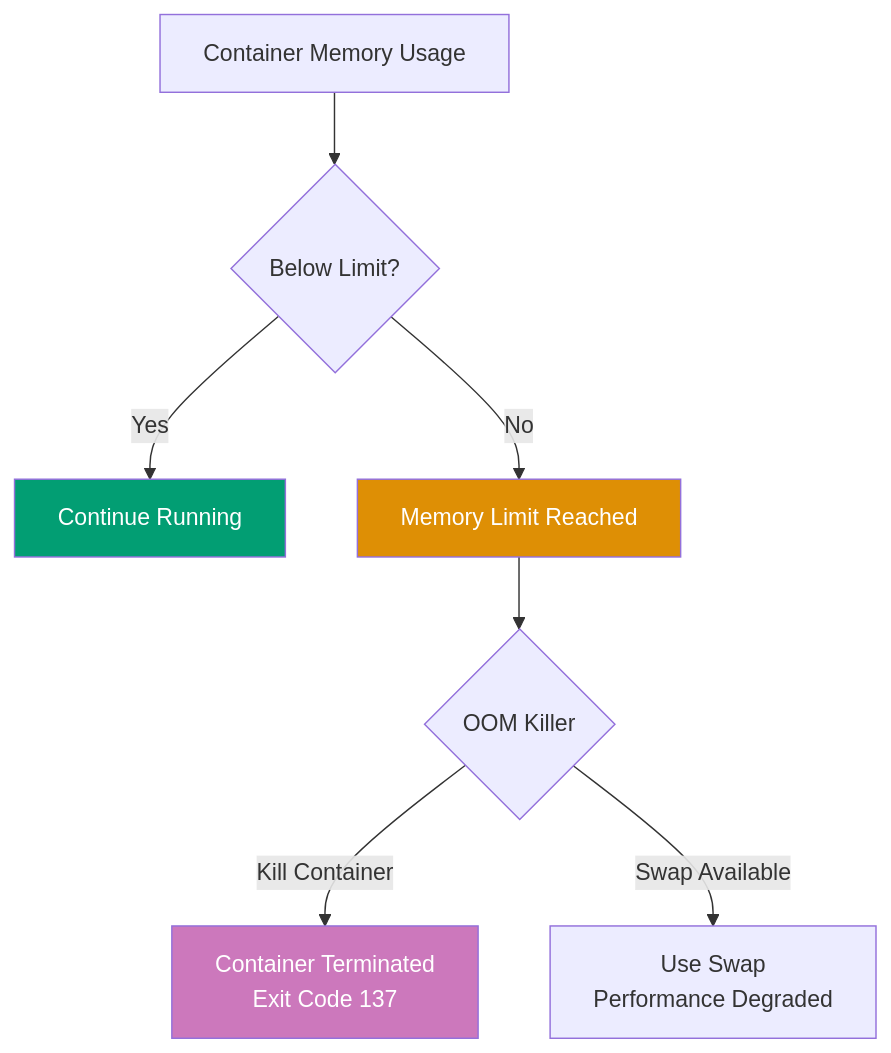
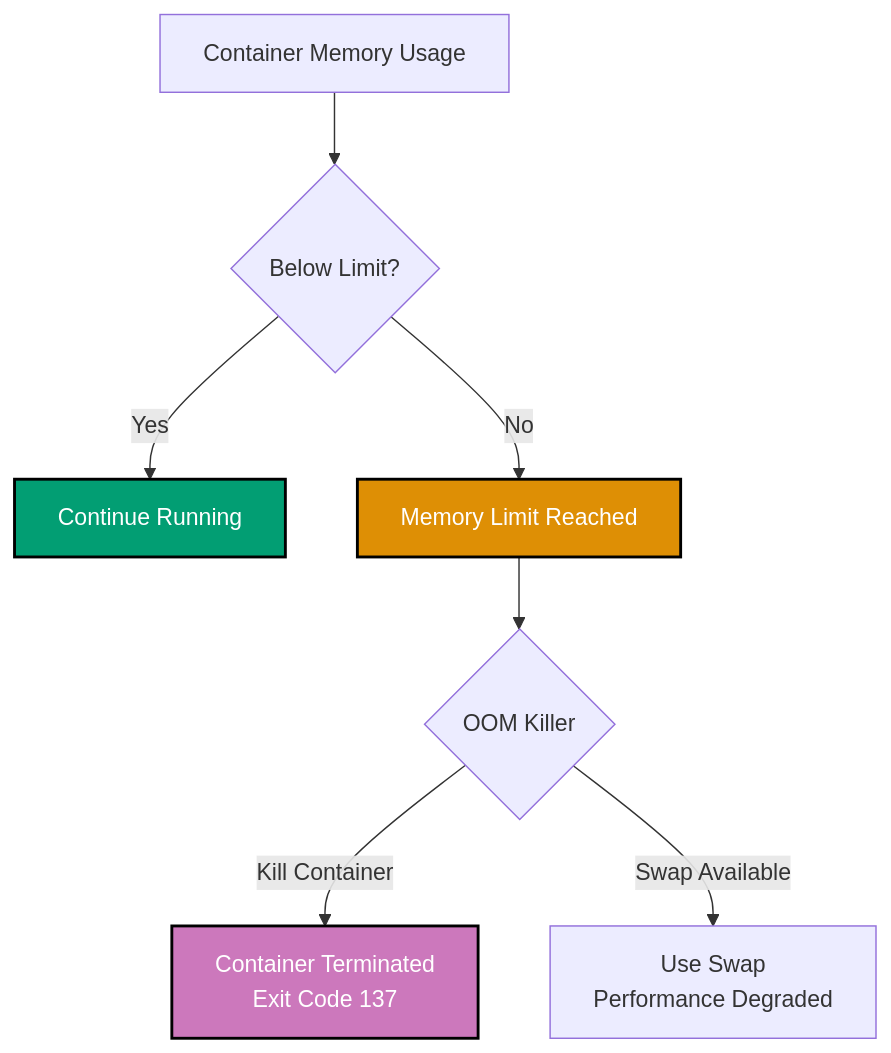
One commit to wahidyankf/open-sharia-enterprise changed the eighth of 11 diagrams in apps/ayokoding-web/content/en/learn/software-engineering/infrastructure/tools/docker/by-example/intermediate.md. Above: the diagram before and after it, drawn with Mermaid. The commit also changed other lines of this file and 25 other files, not shown here.

````diff
--- a/apps/ayokoding-web/content/en/learn/software-engineering/infrastructure/tools/docker/by-example/intermediate.md
+++ b/apps/ayokoding-web/content/en/learn/software-engineering/infrastructure/tools/docker/by-example/intermediate.md
@@ -1396,13 +1403,14 @@
 ```mermaid
+%% Color Palette: Blue #0173B2, Orange #DE8F05, Teal #029E73, Purple #CC78BC, Brown #CA9161
 graph TD
  A["Container Memory Usage"] --> B{Below Limit?}
  B -->|Yes| C["Continue Running"]
  B -->|No| D["Memory Limit Reached"]
  D --> E{OOM Killer}
  E -->|Kill Container| F["Container Terminated<br/>Exit Code 137"]
  E -->|Swap Available| G["Use Swap<br/>Performance Degraded"]
 
- style C fill:#029E73,color:#fff
- style D fill:#DE8F05,color:#fff
- style F fill:#CC78BC,color:#fff
+ style C fill:#029E73,stroke:#000000,stroke-width:2px,color:#fff
+ style D fill:#DE8F05,stroke:#000000,stroke-width:2px,color:#fff
+ style F fill:#CC78BC,stroke:#000000,stroke-width:2px,color:#fff
 ```
````
